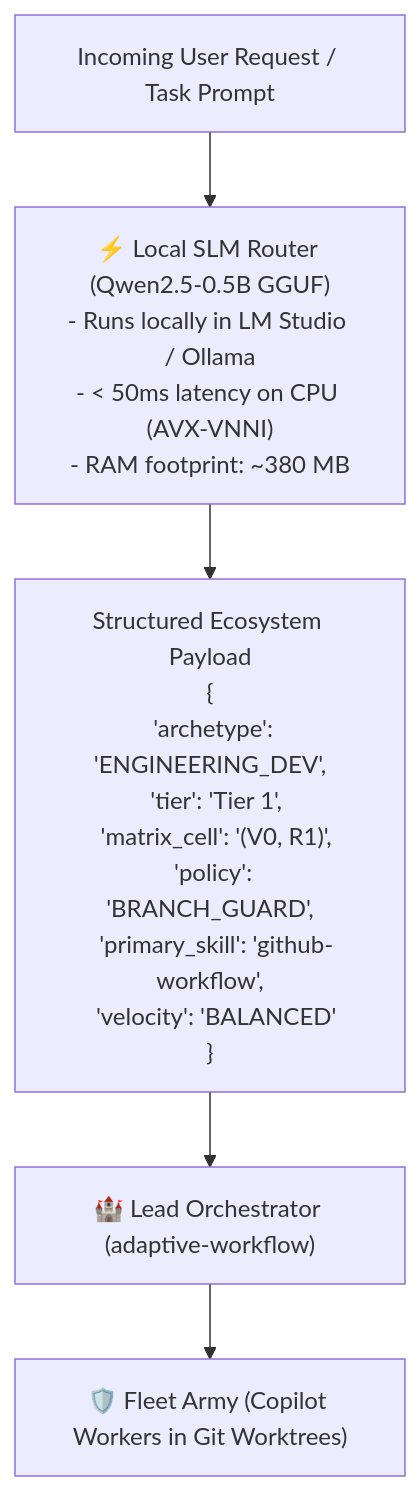
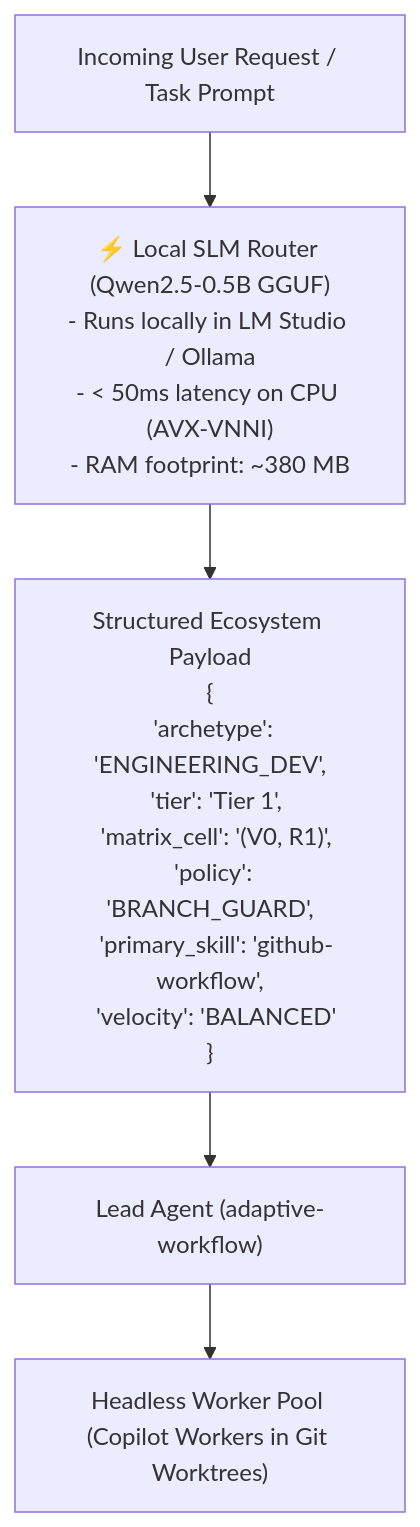
One commit to Aaradhya-Dev-Tamrakar/brainstorm changed the diagram in tools/skills/slm-router-forge/SKILL.md. Above: the diagram before and after it, drawn with Mermaid. The commit also changed 12 other files, not shown here.

Commit message:
docs(skills): update fleet-orchestrator skill commands with quota reconciliation

````diff
--- a/tools/skills/slm-router-forge/SKILL.md
+++ b/tools/skills/slm-router-forge/SKILL.md
@@ -17,9 +17,9 @@
 ```mermaid
 flowchart TD
     UserPrompt["Incoming User Request / Task Prompt"] --> FastRouter["⚡ Local SLM Router (Qwen2.5-0.5B GGUF)\n- Runs locally in LM Studio / Ollama\n- < 50ms latency on CPU (AVX-VNNI)\n- RAM footprint: ~380 MB"]
     
     FastRouter --> RoutingJSON["Structured Ecosystem Payload\n{\n  'archetype': 'ENGINEERING_DEV',\n  'tier': 'Tier 1',\n  'matrix_cell': '(V0, R1)',\n  'policy': 'BRANCH_GUARD',\n  'primary_skill': 'github-workflow',\n  'velocity': 'BALANCED'\n}"]
     
-    RoutingJSON --> Orchestrator["🏰 Lead Orchestrator (adaptive-workflow)"]
-    Orchestrator --> FleetWorkers["🛡️ Fleet Army (Copilot Workers in Git Worktrees)"]
+    RoutingJSON --> Orchestrator["Lead Agent (adaptive-workflow)"]
+    Orchestrator --> FleetWorkers["Headless Worker Pool (Copilot Workers in Git Worktrees)"]
 ```
````
